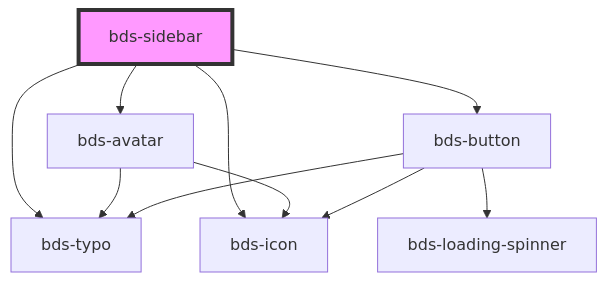
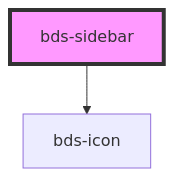
Before and after one commit to takenet/blip-ds: the diagram in src/components/sidebar/readme.md, drawn with Mermaid. The commit also changed other lines of this file and 7 other files, not shown here.

````diff
--- a/src/components/sidebar/readme.md
+++ b/src/components/sidebar/readme.md
@@ -53,13 +36,5 @@
 ```mermaid
 graph TD;
-  bds-sidebar --> bds-avatar
   bds-sidebar --> bds-icon
-  bds-sidebar --> bds-typo
-  bds-sidebar --> bds-button
-  bds-avatar --> bds-typo
-  bds-avatar --> bds-icon
-  bds-button --> bds-icon
-  bds-button --> bds-typo
-  bds-button --> bds-loading-spinner
   style bds-sidebar fill:#f9f,stroke:#333,stroke-width:4px
 ```
````
